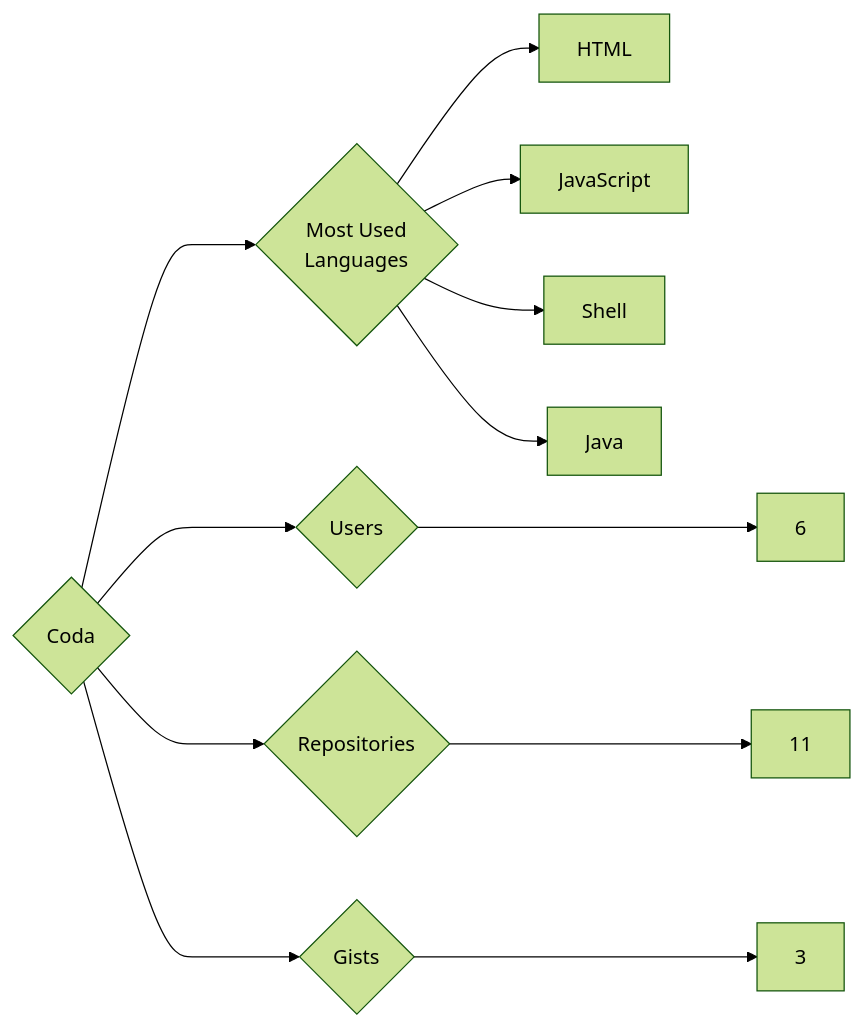
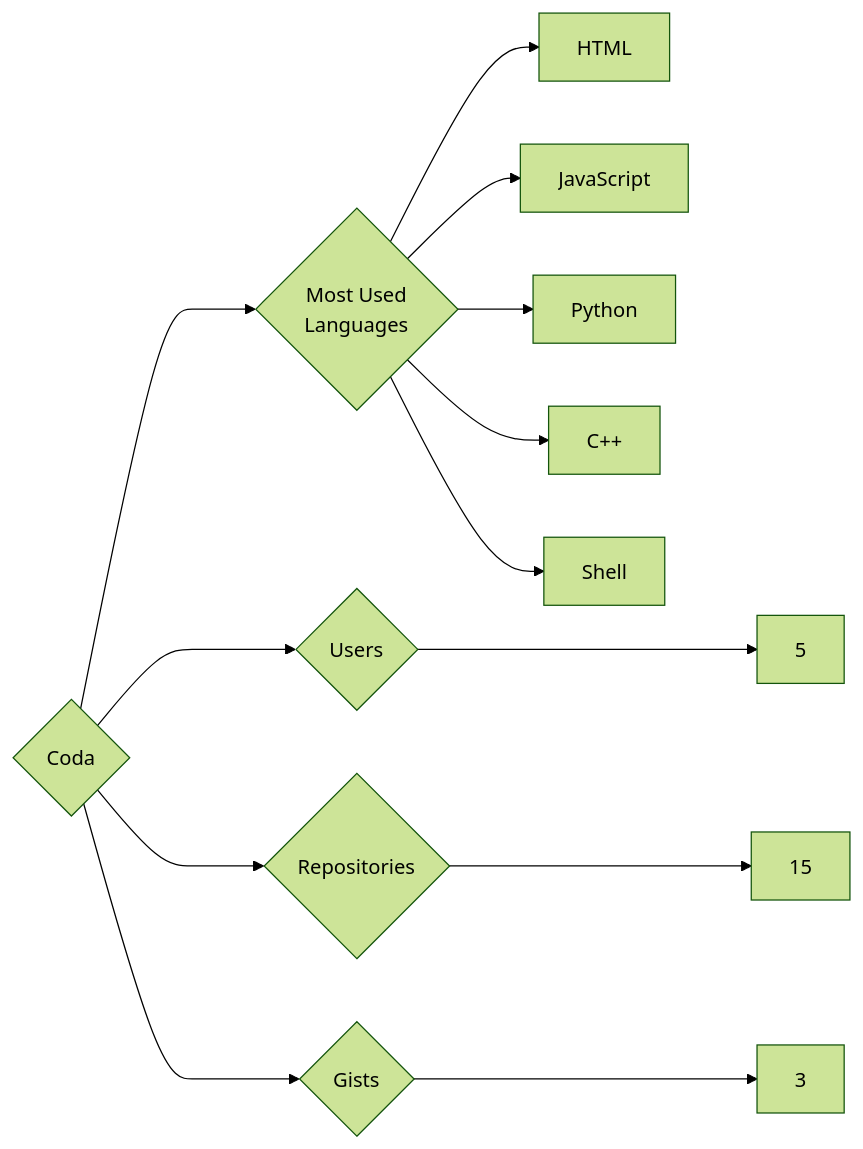
The diagram in targets/Coda/README.md (trickest/insiders), drawn with Mermaid (forest theme) before and after one commit. The commit also changed 880 other files, not shown here.

````diff
--- a/targets/Coda/README.md
+++ b/targets/Coda/README.md
@@ -3,12 +3,13 @@
 ```mermaid
 graph LR
 COMPANY_NAME{Coda}
-COMPANY_NAME ---> U{Users} ---> UN[6]
-COMPANY_NAME ---> R{Repositories} ---> RN[11]
+COMPANY_NAME ---> U{Users} ---> UN[5]
+COMPANY_NAME ---> R{Repositories} ---> RN[15]
 COMPANY_NAME ---> G{Gists} ---> GN[3]
 COMPANY_NAME ---> ML{Most Used<br>Languages}
 ML --> HTML[HTML]
 ML --> JavaScript[JavaScript]
+ML --> Python[Python]
+ML --> C++[C++]
 ML --> Shell[Shell]
-ML --> Java[Java]
 ```
````
